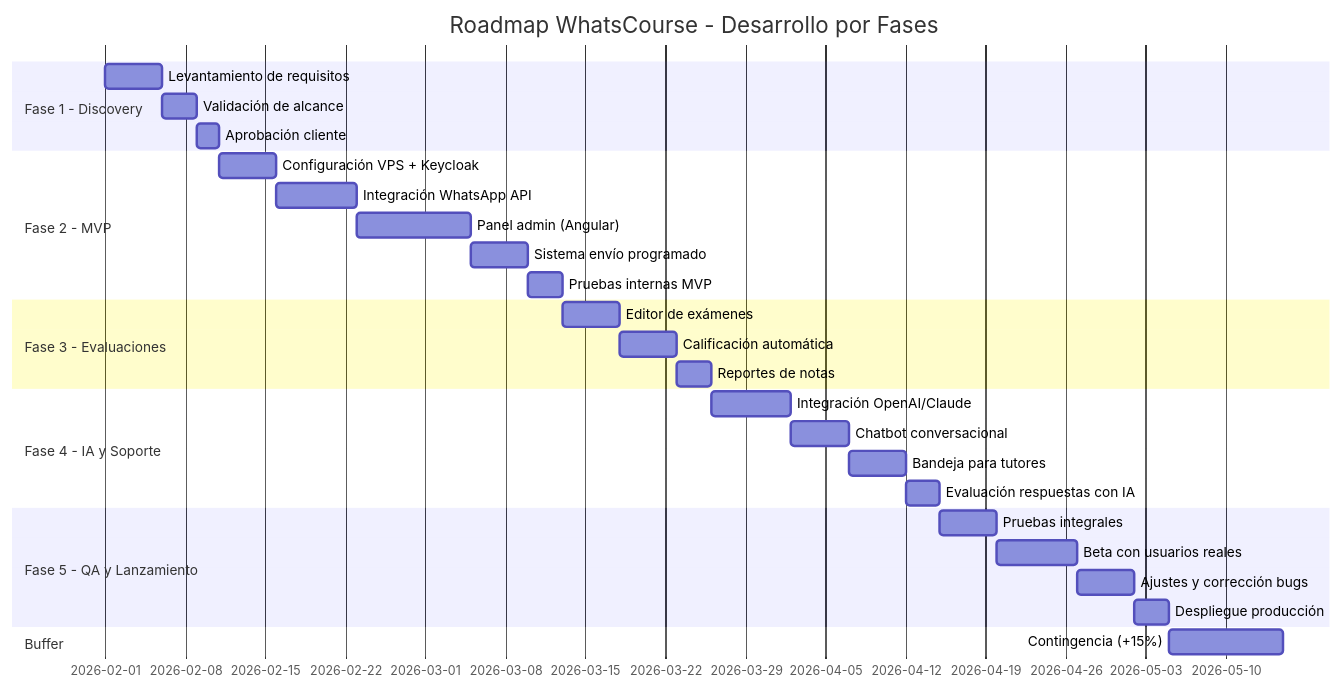
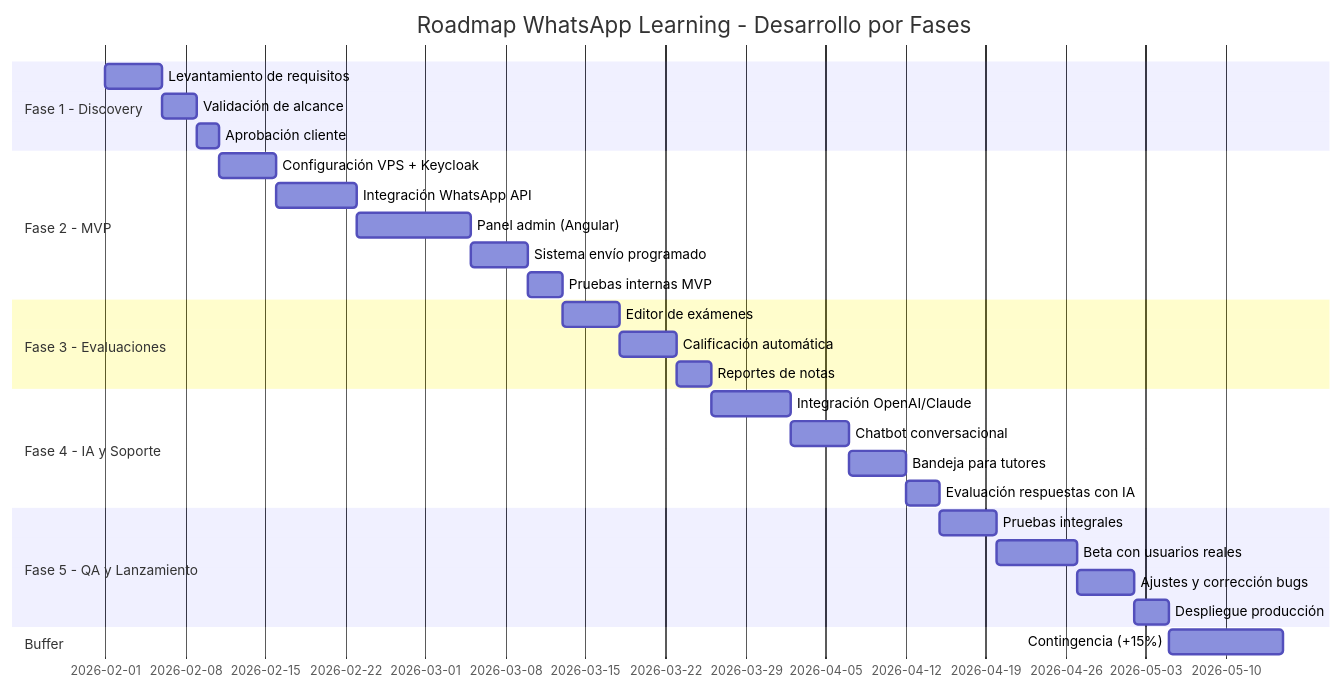
Before and after one commit to erikaluciafuertes/Project-Proposals: the diagram in whats-course/diagrams/gantt.mmd, drawn with Mermaid. The commit also changed 4 other files, not shown here.

Commit message:
Rename project from WhatsCourse to WhatsApp Learning across documentation and diagrams.

```diff
--- a/whats-course/diagrams/gantt.mmd
+++ b/whats-course/diagrams/gantt.mmd
@@ -1,35 +1,35 @@
 gantt
-    title Roadmap WhatsCourse - Desarrollo por Fases
+    title Roadmap WhatsApp Learning - Desarrollo por Fases
     dateFormat  YYYY-MM-DD
     
     section Fase 1 - Discovery
     Levantamiento de requisitos      :f1a, 2026-02-01, 5d
     Validación de alcance            :f1b, after f1a, 3d
     Aprobación cliente               :f1c, after f1b, 2d
     
     section Fase 2 - MVP
     Configuración VPS + Keycloak     :f2a, after f1c, 5d
     Integración WhatsApp API         :f2b, after f2a, 7d
     Panel admin (Angular)            :f2c, after f2b, 10d
     Sistema envío programado         :f2d, after f2c, 5d
     Pruebas internas MVP             :f2e, after f2d, 3d
     
     section Fase 3 - Evaluaciones
     Editor de exámenes               :f3a, after f2e, 5d
     Calificación automática          :f3b, after f3a, 5d
     Reportes de notas                :f3c, after f3b, 3d
     
     section Fase 4 - IA y Soporte
     Integración OpenAI/Claude        :f4a, after f3c, 7d
     Chatbot conversacional           :f4b, after f4a, 5d
     Bandeja para tutores             :f4c, after f4b, 5d
     Evaluación respuestas con IA     :f4d, after f4c, 3d
     
     section Fase 5 - QA y Lanzamiento
     Pruebas integrales               :f5a, after f4d, 5d
     Beta con usuarios reales         :f5b, after f5a, 7d
     Ajustes y corrección bugs        :f5c, after f5b, 5d
     Despliegue producción            :f5d, after f5c, 3d
     
     section Buffer
     Contingencia (+15%)              :f6a, after f5d, 10d
```
